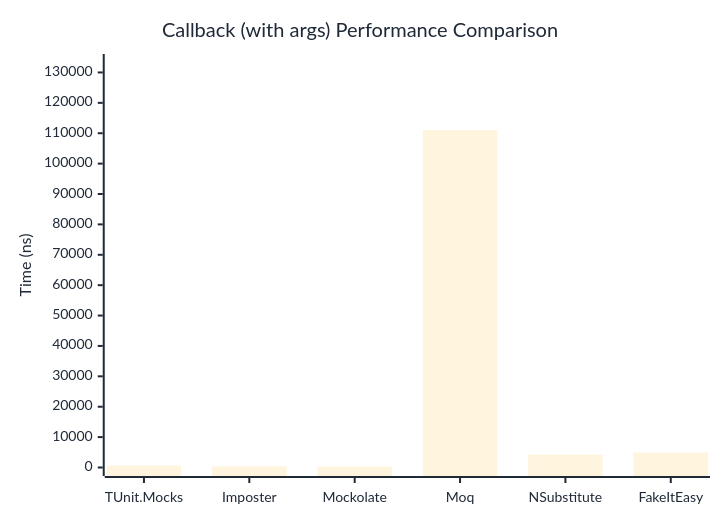
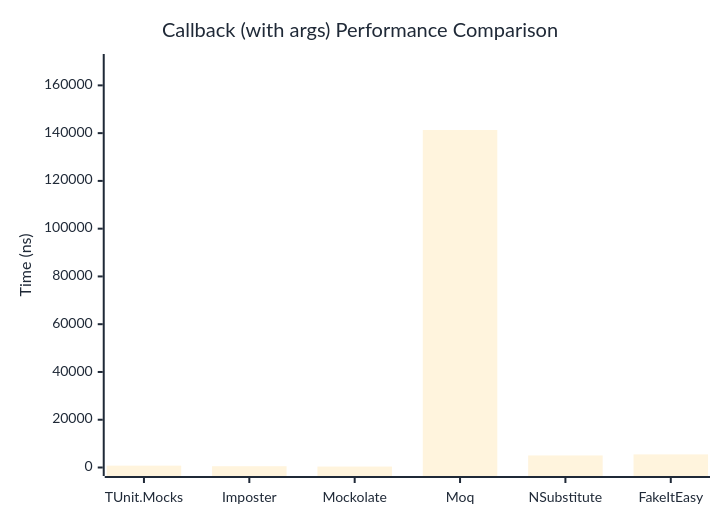
The second of 2 diagrams in docs/docs/benchmarks/mocks/Callback.md (thomhurst/TUnit), drawn with Mermaid before and after one commit. The commit also changed other lines of this file and 14 other files, not shown here.

````diff
--- a/docs/docs/benchmarks/mocks/Callback.md
+++ b/docs/docs/benchmarks/mocks/Callback.md
@@ -71,27 +71,27 @@
 ```mermaid
 %%{init: {
   'theme':'base',
   'themeVariables': {
     'primaryColor': '#2563eb',
     'primaryTextColor': '#1f2937',
     'primaryBorderColor': '#1e40af',
     'lineColor': '#6b7280',
     'secondaryColor': '#7c3aed',
     'tertiaryColor': '#dc2626',
     'background': '#ffffff',
     'pie1': '#2563eb',
     'pie2': '#7c3aed',
     'pie3': '#dc2626',
     'pie4': '#f59e0b',
     'pie5': '#10b981',
     'pie6': '#06b6d4',
     'pie7': '#ec4899',
     'pie8': '#6366f1'
   }
 }}%%
 xychart-beta
   title "Callback (with args) Performance Comparison"
   x-axis ["TUnit.Mocks", "Imposter", "Mockolate", "Moq", "NSubstitute", "FakeItEasy"]
-  y-axis "Time (ns)" 0 --> 133277
-  bar [640, 424.5, 306, 111063.9, 4236.5, 4933.9]
+  y-axis "Time (ns)" 0 --> 169577
+  bar [770.6, 542, 392.2, 141313.9, 5046.1, 5491]
 ```
````
